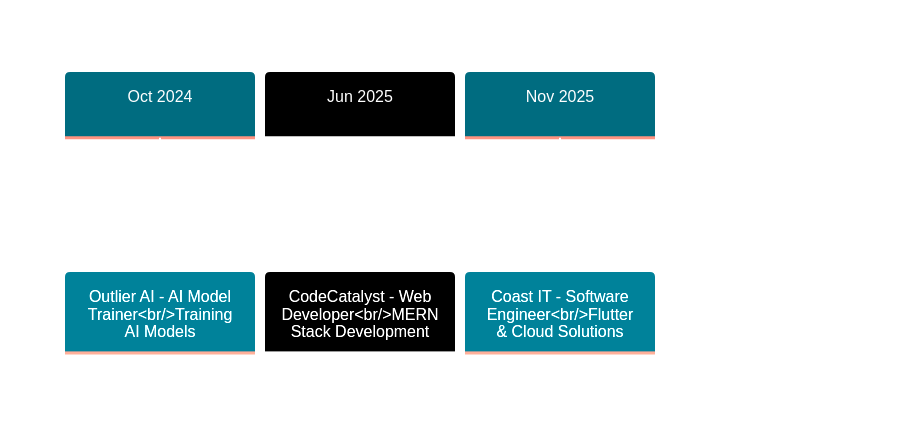
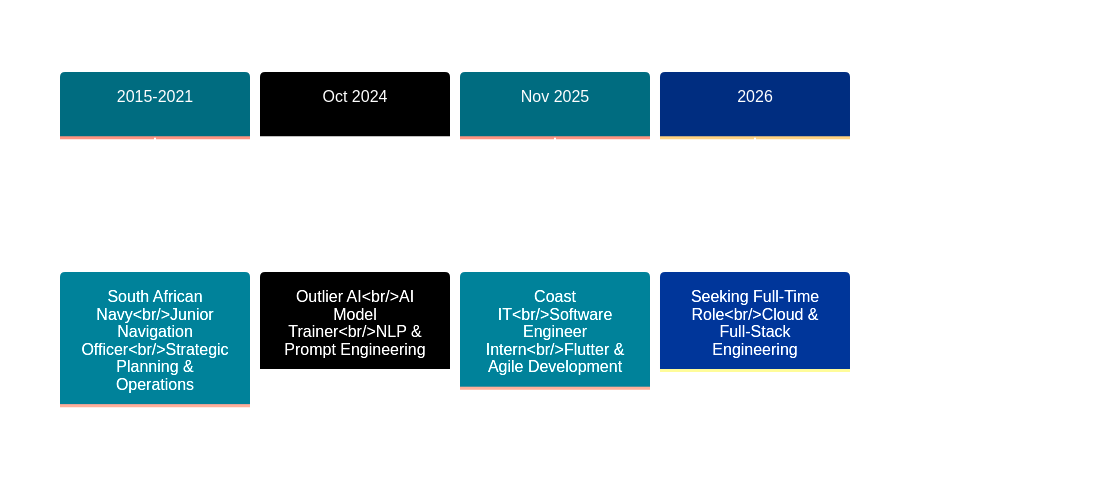
The diagram in README.md (NickiMash17/NickiMash17), drawn with Mermaid before and after one commit. The commit also changed other lines of this file, not shown here.

````diff
--- a/README.md
+++ b/README.md
@@ -227,8 +267,9 @@
 ```mermaid
 %%{init: {'theme':'base', 'themeVariables': { 'primaryColor':'#00D9FF','primaryTextColor':'#fff','primaryBorderColor':'#00D9FF','lineColor':'#00CED1','secondaryColor':'#0a192f','tertiaryColor':'#00D9FF'}}}%%
 timeline
-    title Professional Journey 2024-2025
-    Oct 2024 : Outlier AI - AI Model Trainer<br/>Training AI Models
-    Jun 2025 : CodeCatalyst - Web Developer<br/>MERN Stack Development
-    Nov 2025 : Coast IT - Software Engineer<br/>Flutter & Cloud Solutions
+    title Career Evolution
+    2015-2021 : South African Navy<br/>Junior Navigation Officer<br/>Strategic Planning & Operations
+    Oct 2024 : Outlier AI<br/>AI Model Trainer<br/>NLP & Prompt Engineering
+    Nov 2025 : Coast IT<br/>Software Engineer Intern<br/>Flutter & Agile Development
+    2026 : Seeking Full-Time Role<br/>Cloud & Full-Stack Engineering
 ```
````
